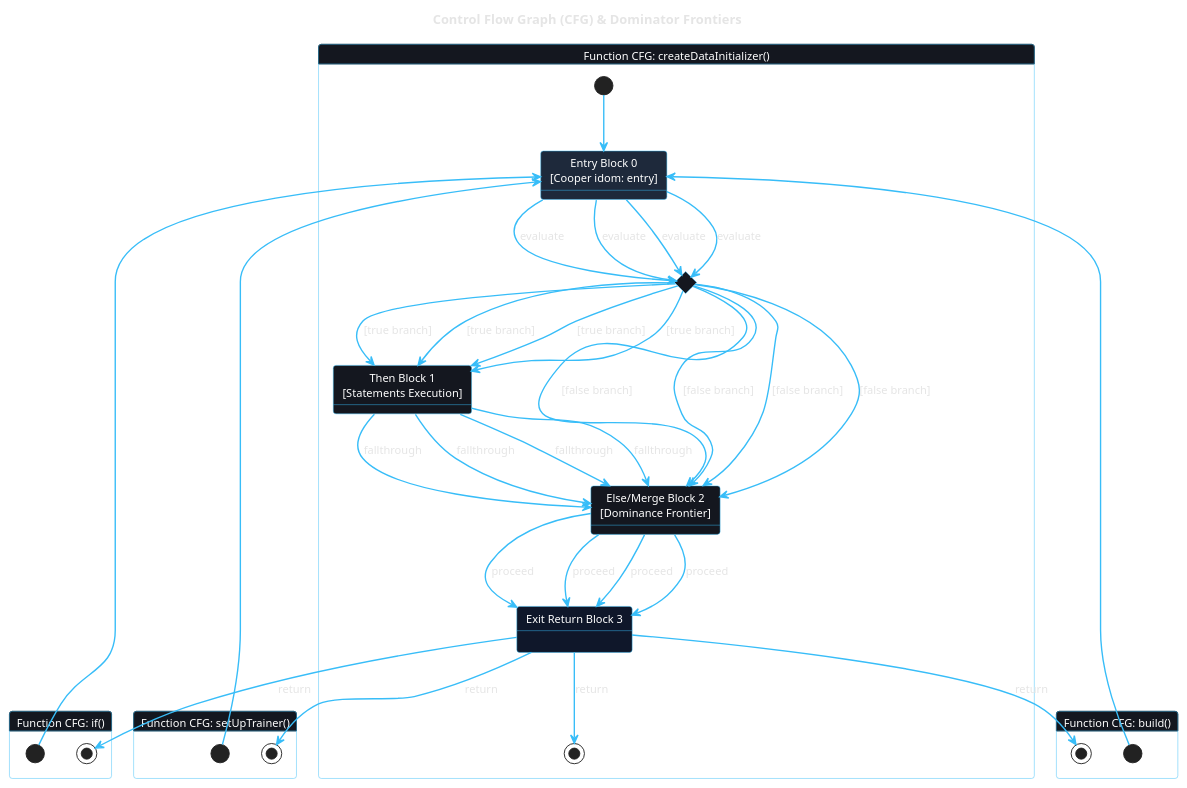
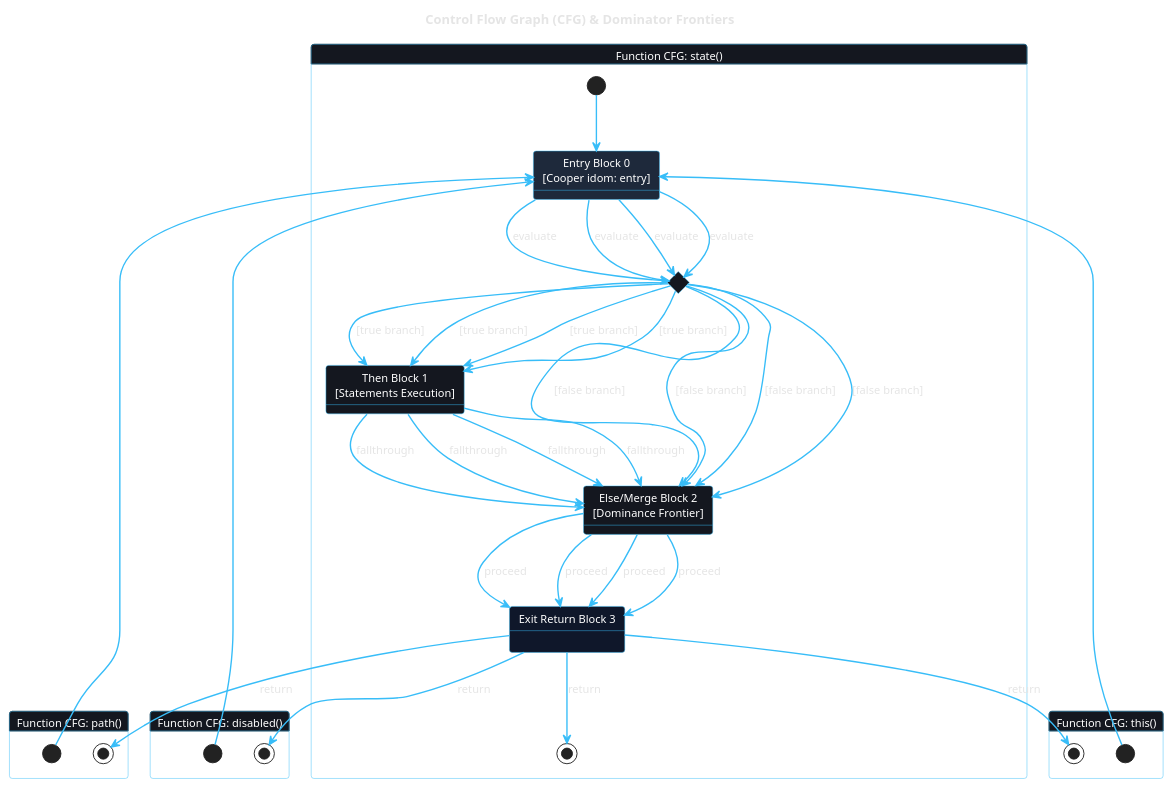
The diagram in web/diagrams/cfg.puml (AhmadHassan-BTed/OpenHeart), drawn with PlantUML before and after one commit. The commit also changed 58 other files, not shown here.

```diff
--- a/web/diagrams/cfg.puml
+++ b/web/diagrams/cfg.puml
@@ -1,115 +1,115 @@
 @startuml
 skinparam backgroundColor transparent
 skinparam monochrome false
 skinparam shadowing false
 skinparam roundcorner 6
 skinparam defaultFontName "Space Grotesk", "Segoe UI", sans-serif
 skinparam defaultFontColor #e5e5e5
 skinparam defaultFontSize 12
 skinparam ArrowColor #38bdf8
 skinparam ArrowThickness 1.5
 skinparam packageStyle rectangle
 skinparam PackageBorderColor #facc15
 skinparam PackageBackgroundColor #0f141c
 skinparam PackageFontColor #facc15
 skinparam ClassBorderColor #38bdf8
 skinparam ClassBackgroundColor #14171f
 skinparam ClassHeaderBackgroundColor #1e2433
 skinparam ClassFontColor #ffffff
 skinparam ObjectBorderColor #38bdf8
 skinparam ObjectBackgroundColor #14171f
 skinparam ObjectFontColor #ffffff
 skinparam ComponentBorderColor #38bdf8
 skinparam ComponentBackgroundColor #14171f
 skinparam ComponentFontColor #ffffff
 skinparam NodeBorderColor #38bdf8
 skinparam NodeBackgroundColor #14171f
 skinparam NodeFontColor #ffffff
 skinparam StateBorderColor #38bdf8
 skinparam StateBackgroundColor #14171f
 skinparam StateFontColor #ffffff
 skinparam ActivityBorderColor #38bdf8
 skinparam ActivityBackgroundColor #14171f
 skinparam ActivityFontColor #ffffff
 skinparam SequenceLifeLineBorderColor #38bdf8
 skinparam SequenceLifeLineBackgroundColor #14171f
 skinparam SequenceGroupBorderColor #facc15
 skinparam SequenceGroupBackgroundColor #0f141c
 skinparam SequenceGroupFontColor #facc15
 skinparam ParticipantBorderColor #38bdf8
 skinparam ParticipantBackgroundColor #14171f
 skinparam ParticipantFontColor #ffffff
 skinparam ActorBorderColor #facc15
 skinparam ActorBackgroundColor #14171f
 skinparam ActorFontColor #ffffff
 skinparam UsecaseBorderColor #38bdf8
 skinparam UsecaseBackgroundColor #14171f
 skinparam UsecaseFontColor #ffffff
 
 title Control Flow Graph (CFG) & Dominator Frontiers
 
-state "Function CFG: createDataInitializer()" as CFG_createDataInitializer {
+state "Function CFG: state()" as CFG_state {
   state "Entry Block 0\n[Cooper idom: entry]" as BB0 #1e293b
   state "Branch Gate: (condition)" as Gate1 <<choice>>
   state "Then Block 1\n[Statements Execution]" as BB1 #14171f
   state "Else/Merge Block 2\n[Dominance Frontier]" as BB2 #14171f
   state "Exit Return Block 3" as BB3 #0f172a
 
   [*] --> BB0
   BB0 --> Gate1 : evaluate
   Gate1 --> BB1 : [true branch]
   Gate1 --> BB2 : [false branch]
   BB1 --> BB2 : fallthrough
   BB2 --> BB3 : proceed
   BB3 --> [*] : return
 }
 
-state "Function CFG: build()" as CFG_build {
+state "Function CFG: this()" as CFG_this {
   state "Entry Block 0\n[Cooper idom: entry]" as BB0 #1e293b
   state "Branch Gate: (condition)" as Gate1 <<choice>>
   state "Then Block 1\n[Statements Execution]" as BB1 #14171f
   state "Else/Merge Block 2\n[Dominance Frontier]" as BB2 #14171f
   state "Exit Return Block 3" as BB3 #0f172a
 
   [*] --> BB0
   BB0 --> Gate1 : evaluate
   Gate1 --> BB1 : [true branch]
   Gate1 --> BB2 : [false branch]
   BB1 --> BB2 : fallthrough
   BB2 --> BB3 : proceed
   BB3 --> [*] : return
 }
 
-state "Function CFG: if()" as CFG_if {
+state "Function CFG: path()" as CFG_path {
   state "Entry Block 0\n[Cooper idom: entry]" as BB0 #1e293b
   state "Branch Gate: (condition)" as Gate1 <<choice>>
   state "Then Block 1\n[Statements Execution]" as BB1 #14171f
   state "Else/Merge Block 2\n[Dominance Frontier]" as BB2 #14171f
   state "Exit Return Block 3" as BB3 #0f172a
 
   [*] --> BB0
   BB0 --> Gate1 : evaluate
   Gate1 --> BB1 : [true branch]
   Gate1 --> BB2 : [false branch]
   BB1 --> BB2 : fallthrough
   BB2 --> BB3 : proceed
   BB3 --> [*] : return
 }
 
-state "Function CFG: setUpTrainer()" as CFG_setUpTrainer {
+state "Function CFG: disabled()" as CFG_disabled {
   state "Entry Block 0\n[Cooper idom: entry]" as BB0 #1e293b
   state "Branch Gate: (condition)" as Gate1 <<choice>>
   state "Then Block 1\n[Statements Execution]" as BB1 #14171f
   state "Else/Merge Block 2\n[Dominance Frontier]" as BB2 #14171f
   state "Exit Return Block 3" as BB3 #0f172a
 
   [*] --> BB0
   BB0 --> Gate1 : evaluate
   Gate1 --> BB1 : [true branch]
   Gate1 --> BB2 : [false branch]
   BB1 --> BB2 : fallthrough
   BB2 --> BB3 : proceed
   BB3 --> [*] : return
 }
 
 @enduml
```
